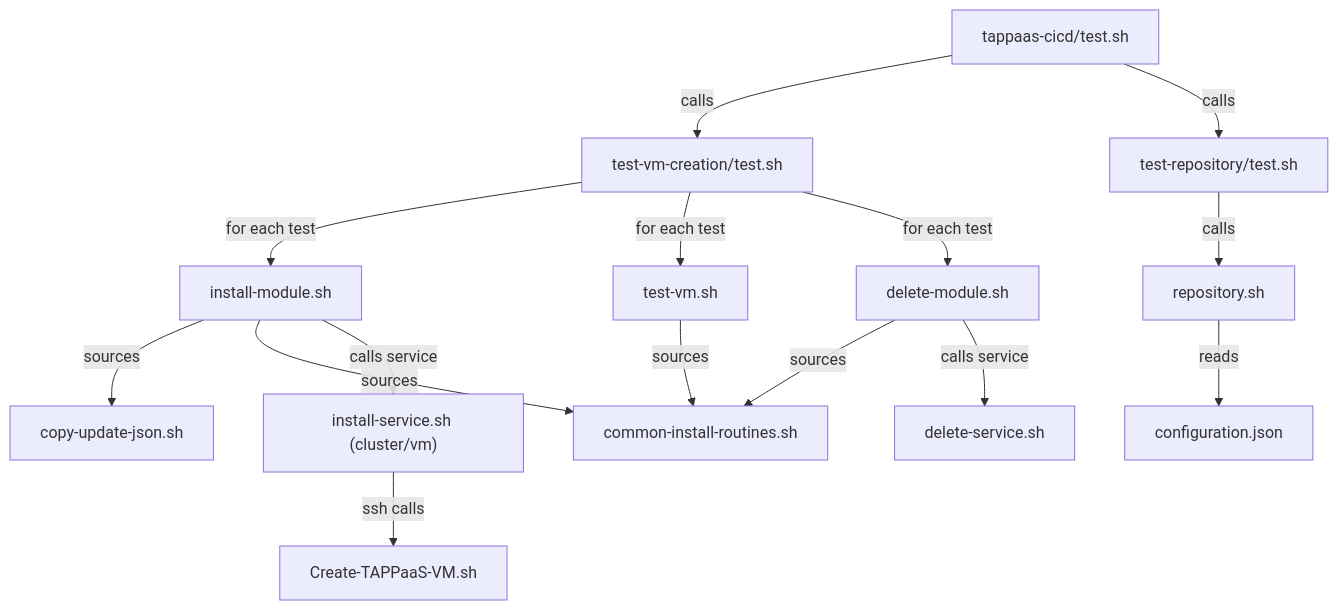
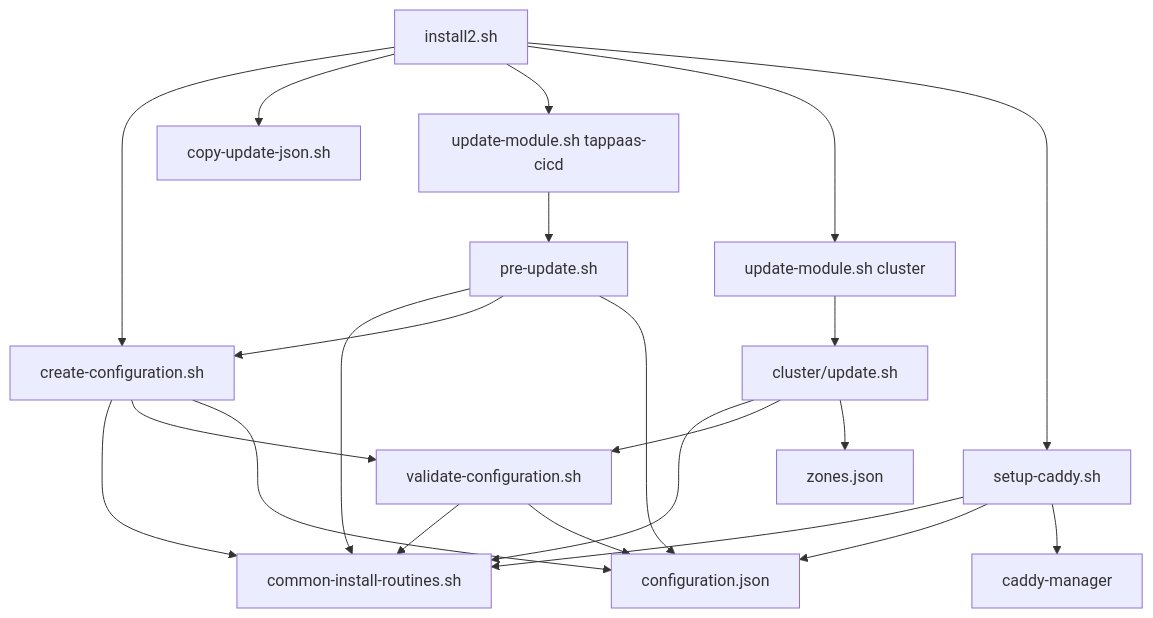
Before and after one commit to TAPPaaS/TAPPaaS: the fourth of 9 diagrams in src/foundation/DEPENDENCIES.md, drawn with Mermaid. The commit also changed other lines of this file and 44 other files, not shown here.

Commit message:
close #106 close #108 : updated configuration.json and node name handling

````diff
--- a/src/foundation/DEPENDENCIES.md
+++ b/src/foundation/DEPENDENCIES.md
@@ -189,22 +189,24 @@
 ```mermaid
 graph TD
-    A["tappaas-cicd/test.sh"] -->|calls| B["test-vm-creation/test.sh"]
-    A -->|calls| BR["test-repository/test.sh"]
-
-    B -->|for each test| C[install-module.sh]
-    B -->|for each test| D[test-vm.sh]
-    B -->|for each test| DM[delete-module.sh]
-
-    BR -->|calls| REP[repository.sh]
-    REP -->|reads| CONF[configuration.json]
-
-    C -->|sources| E[copy-update-json.sh]
-    C -->|sources| F[common-install-routines.sh]
-    C -->|calls service| G["install-service.sh (cluster/vm)"]
-    G -->|ssh calls| H[Create-TAPPaaS-VM.sh]
-
-    D -->|sources| F
-
-    DM -->|sources| F
-    DM -->|calls service| DS["delete-service.sh"]
+    A["install2.sh"] --> B["create-configuration.sh"]
+    A --> C["copy-update-json.sh"]
+    A --> D["update-module.sh tappaas-cicd"]
+    A --> E["update-module.sh cluster"]
+    A --> F["setup-caddy.sh"]
+    B --> G["common-install-routines.sh"]
+    B --> H["validate-configuration.sh"]
+    B --> I["configuration.json"]
+    H --> G
+    H --> I
+    D --> J["pre-update.sh"]
+    J --> G
+    J --> B
+    J --> I
+    E --> K["cluster/update.sh"]
+    K --> G
+    K --> H
+    K --> L["zones.json"]
+    F --> G
+    F --> I
+    F --> M["caddy-manager"]
 ```
````
